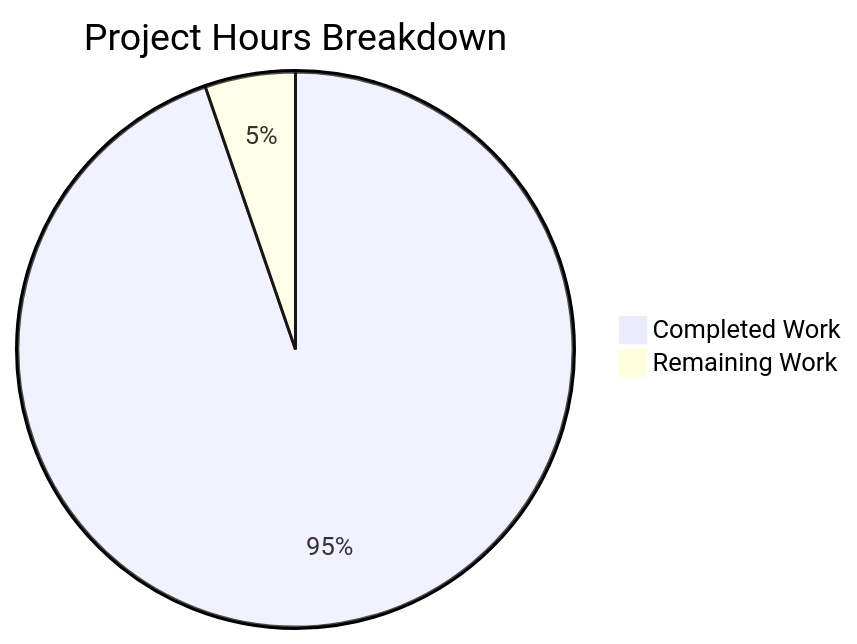
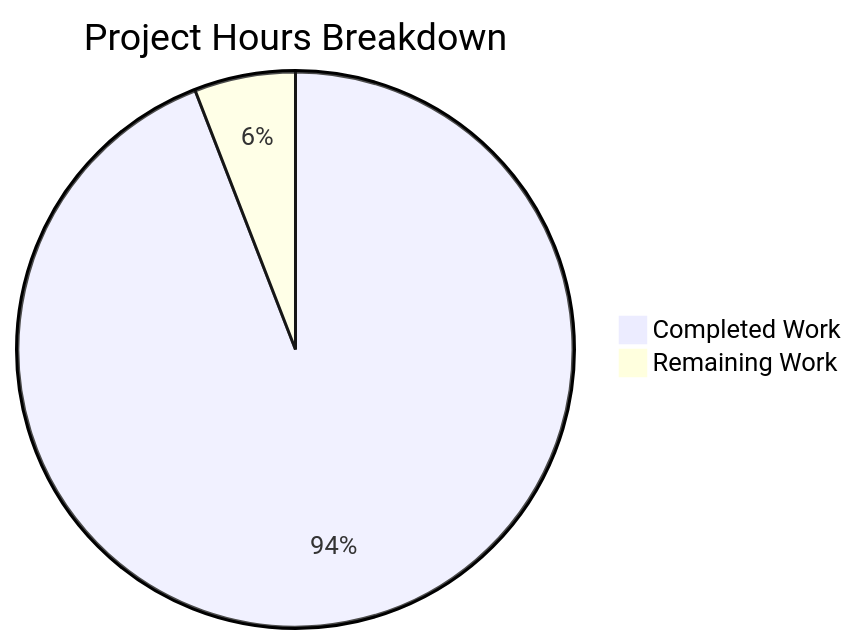
The diagram in blitzy/documentation/Project Guide.md (Sandeep01Kumar/29-dec-existing-projects-qa-test-2), drawn with Mermaid before and after one commit. The commit also changed other lines of this file, not shown here.

Commit message:
Adding Blitzy Project Guide: Project Status and Human Tasks Remaining

````diff
--- a/blitzy/documentation/Project Guide.md
+++ b/blitzy/documentation/Project Guide.md
@@ -29,5 +50,5 @@
 ```mermaid
 pie title Project Hours Breakdown
-    "Completed Work" : 9
-    "Remaining Work" : 0.5
+    "Completed Work" : 24
+    "Remaining Work" : 1.5
 ```
````
